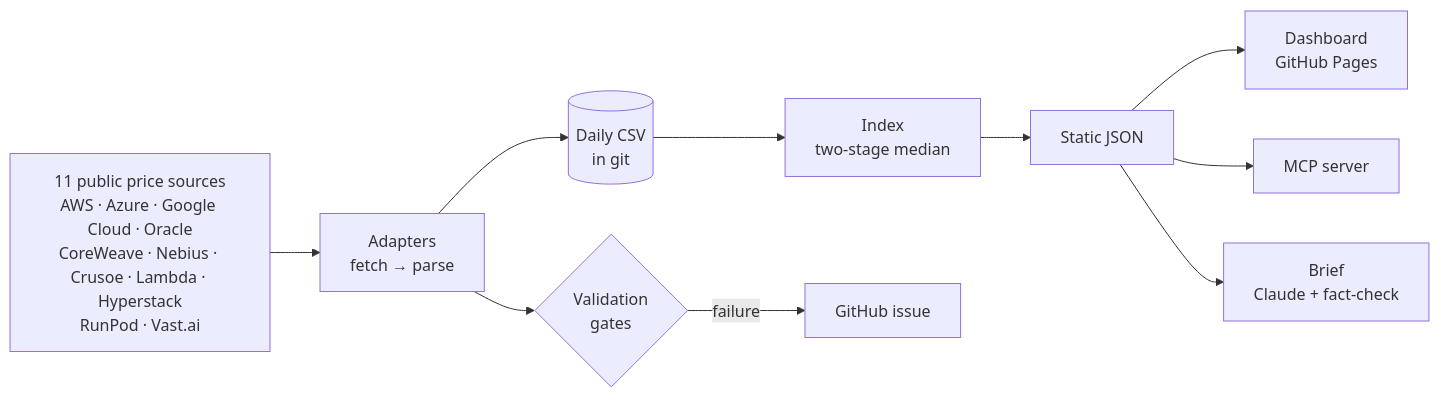
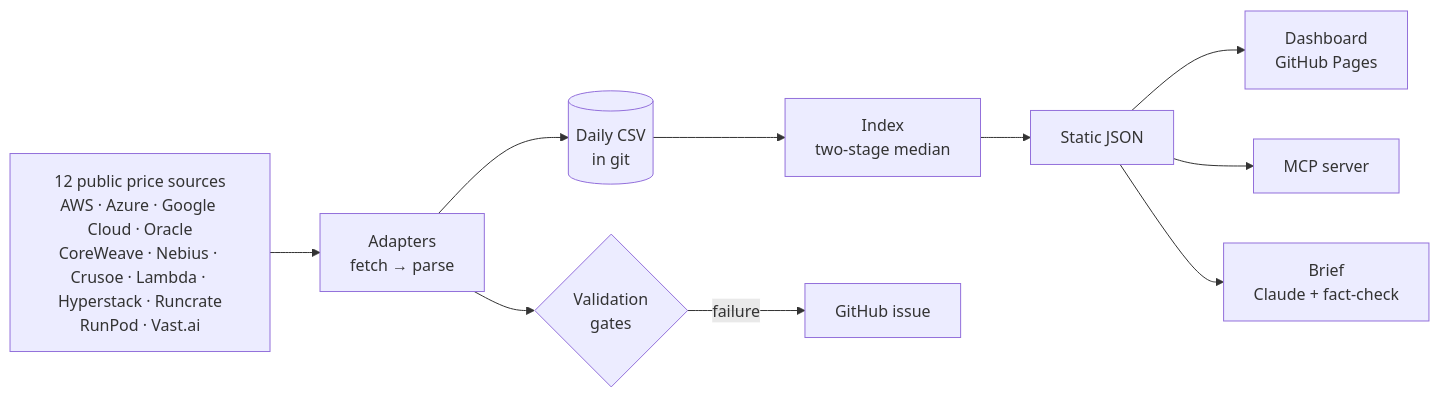
Before and after one commit to ewyluda/gpu-price-index: the diagram in README.md, drawn with Mermaid. The commit also changed other lines of this file and 8 other files, not shown here.

First line of the commit message:
Add Runcrate as a price source

````diff
--- a/README.md
+++ b/README.md
@@ -46,12 +46,12 @@
 ```mermaid
 flowchart LR
-    S["11 public price sources<br/>AWS · Azure · Google Cloud · Oracle<br/>CoreWeave · Nebius · Crusoe · Lambda · Hyperstack<br/>RunPod · Vast.ai"] --> A["Adapters<br/>fetch → parse"]
+    S["12 public price sources<br/>AWS · Azure · Google Cloud · Oracle<br/>CoreWeave · Nebius · Crusoe · Lambda · Hyperstack · Runcrate<br/>RunPod · Vast.ai"] --> A["Adapters<br/>fetch → parse"]
     A --> V{"Validation<br/>gates"}
     A --> D[("Daily CSV<br/>in git")]
     D --> I["Index<br/>two-stage median"]
     I --> P["Static JSON"]
     P --> W["Dashboard<br/>GitHub Pages"]
     P --> M["MCP server"]
     P --> B["Brief<br/>Claude + fact-check"]
     V -- "failure" --> G["GitHub issue"]
 ```
````
